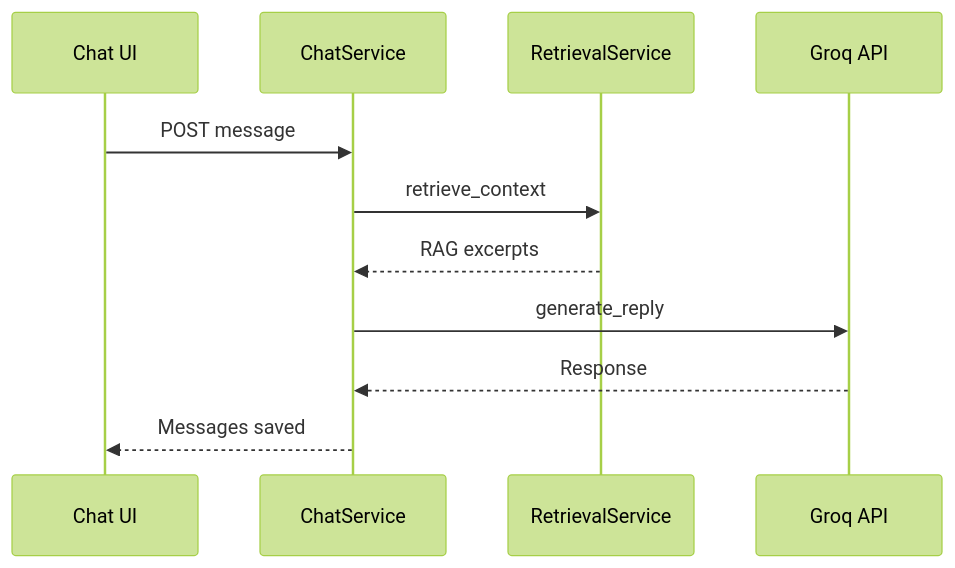
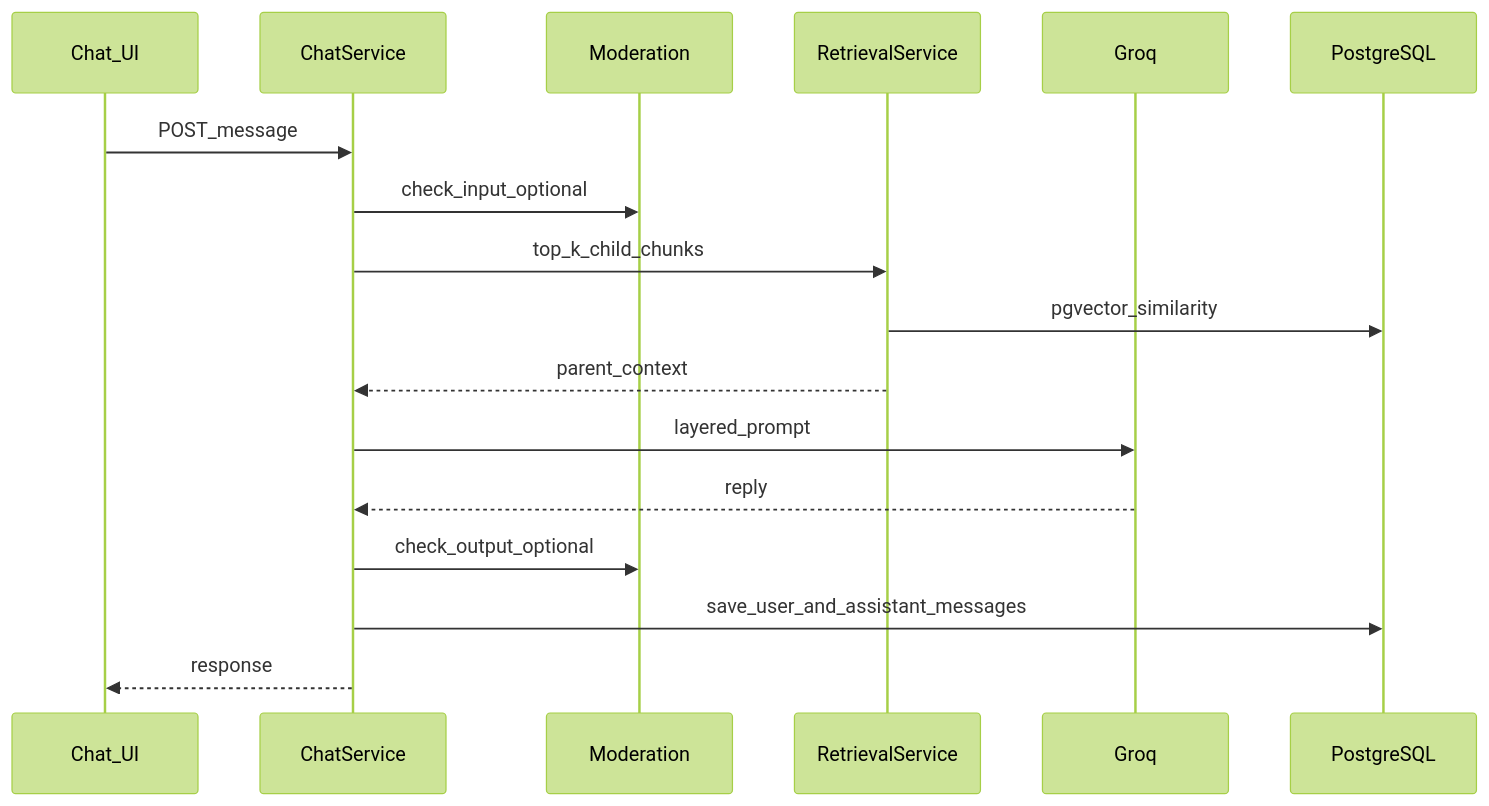
The fifth of 8 diagrams in README.md (SHRIYAASK/chatbot-platform_assignment), drawn with Mermaid (forest theme) before and after one commit. The commit also changed other lines of this file and 10 other files, not shown here.

First line of the commit message:
Add Synora landing page and architecture documentation.

````diff
--- a/README.md
+++ b/README.md
@@ -179,13 +208,19 @@
 ```mermaid
 sequenceDiagram
-    participant FE as Chat UI
-    participant ChatSvc as ChatService
-    participant RetSvc as RetrievalService
-    participant Groq as Groq API
-    FE->>ChatSvc: POST message
-    ChatSvc->>RetSvc: retrieve_context
-    RetSvc-->>ChatSvc: RAG excerpts
-    ChatSvc->>Groq: generate_reply
-    Groq-->>ChatSvc: Response
-    ChatSvc-->>FE: Messages saved
+    participant UI as Chat_UI
+    participant API as ChatService
+    participant Mod as Moderation
+    participant RAG as RetrievalService
+    participant Groq as Groq
+    participant DB as PostgreSQL
+    UI->>API: POST_message
+    API->>Mod: check_input_optional
+    API->>RAG: top_k_child_chunks
+    RAG->>DB: pgvector_similarity
+    RAG-->>API: parent_context
+    API->>Groq: layered_prompt
+    Groq-->>API: reply
+    API->>Mod: check_output_optional
+    API->>DB: save_user_and_assistant_messages
+    API-->>UI: response
 ```
````
